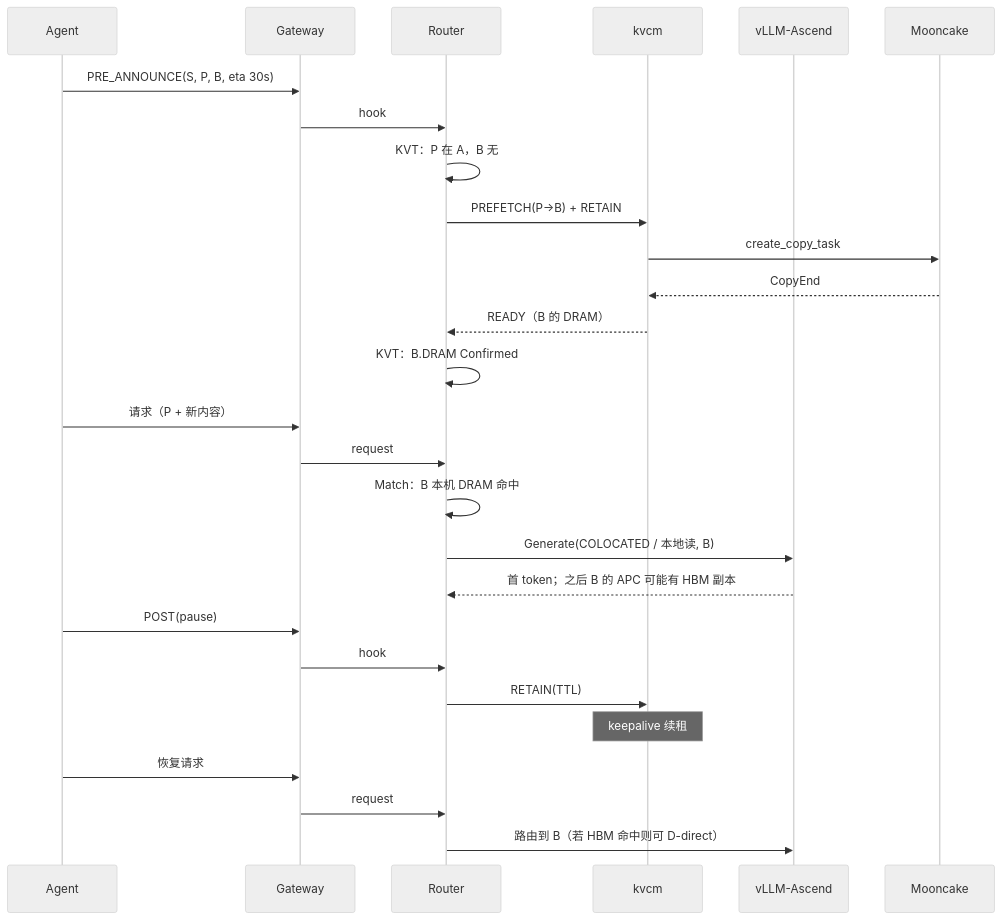
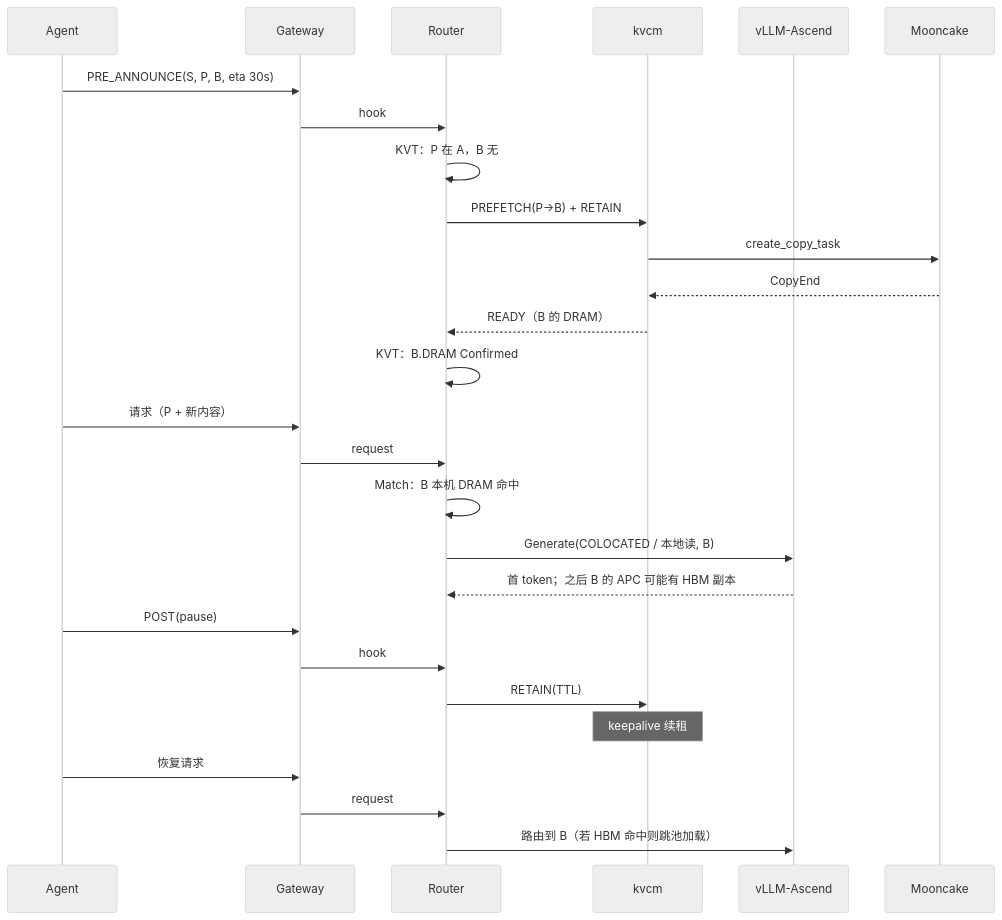
The tenth of 10 diagrams in kvcm/design/flows/scheduling.md (5x8-40/lake), drawn with Mermaid (neutral theme) before and after one commit. The commit also changed other lines of this file and 3 other files, not shown here.

````diff
--- a/kvcm/design/flows/scheduling.md
+++ b/kvcm/design/flows/scheduling.md
@@ -280,33 +280,33 @@
 ```mermaid
 sequenceDiagram
     participant A as Agent
     participant G as Gateway
     participant R as Router
     participant K as kvcm
     participant W as vLLM-Ascend
     participant M as Mooncake
 
     A->>G: PRE_ANNOUNCE(S, P, B, eta 30s)
     G->>R: hook
     R->>R: KVT：P 在 A，B 无
     R->>K: PREFETCH(P→B) + RETAIN
     K->>M: create_copy_task
     M-->>K: CopyEnd
     K-->>R: READY（B 的 DRAM）
     R->>R: KVT：B.DRAM Confirmed
 
     A->>G: 请求（P + 新内容）
     G->>R: request
     R->>R: Match：B 本机 DRAM 命中
     R->>W: Generate(COLOCATED / 本地读, B)
     W-->>R: 首 token；之后 B 的 APC 可能有 HBM 副本
 
     A->>G: POST(pause)
     G->>R: hook
     R->>K: RETAIN(TTL)
     Note over K: keepalive 续租
 
     A->>G: 恢复请求
     G->>R: request
-    R->>W: 路由到 B（若 HBM 命中则可 D-direct）
+    R->>W: 路由到 B（若 HBM 命中则跳池加载）
 ```
````
